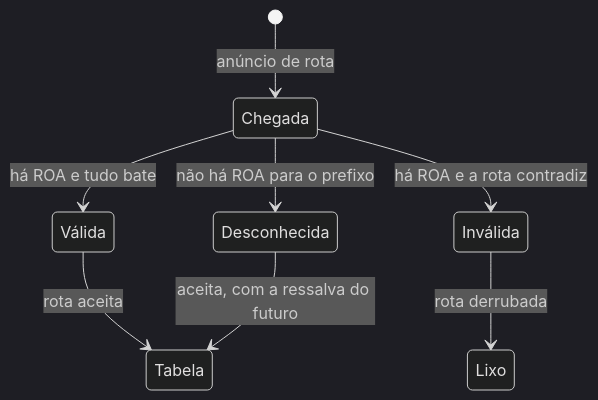
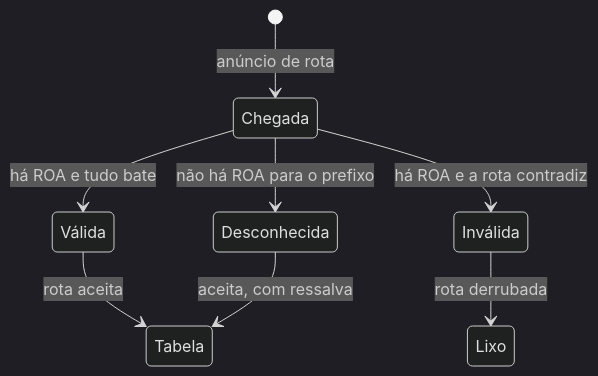
Before and after one commit to alicino/kb-blog: the third of 4 diagrams in src/content/articles/2026-10-19-rpki-rotas-assinadas.md, drawn with Mermaid (dark theme). The commit also changed other lines of this file and 81 other files, not shown here.

First line of the commit message:
fix(paridade): corrige render dos diagramas e padroniza a capa em 1200x333

````diff
--- a/src/content/articles/2026-10-19-rpki-rotas-assinadas.md
+++ b/src/content/articles/2026-10-19-rpki-rotas-assinadas.md
@@ -78,10 +78,10 @@
 ```mermaid
 stateDiagram-v2
     [*] --> Chegada: anúncio de rota
     Chegada --> Válida: há ROA e tudo bate
     Chegada --> Inválida: há ROA e a rota contradiz
     Chegada --> Desconhecida: não há ROA para o prefixo
     Válida --> Tabela: rota aceita
     Inválida --> Lixo: rota derrubada
-    Desconhecida --> Tabela: aceita, com a ressalva do futuro
+    Desconhecida --> Tabela: aceita, com ressalva
 ```
````
